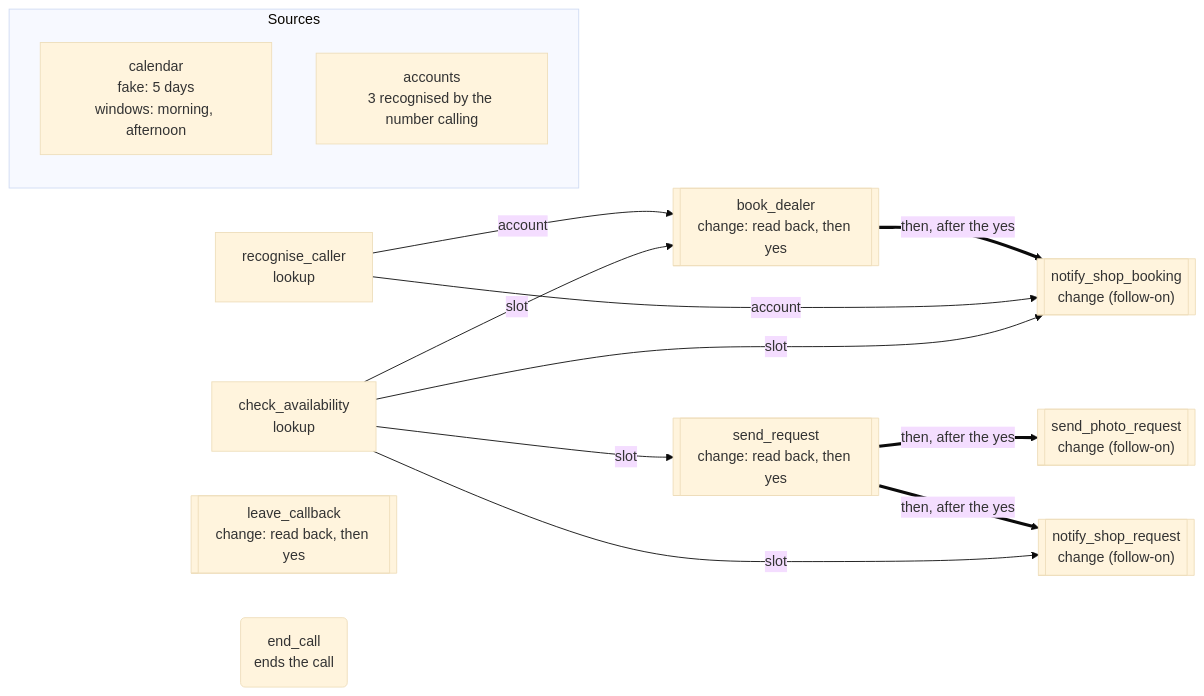
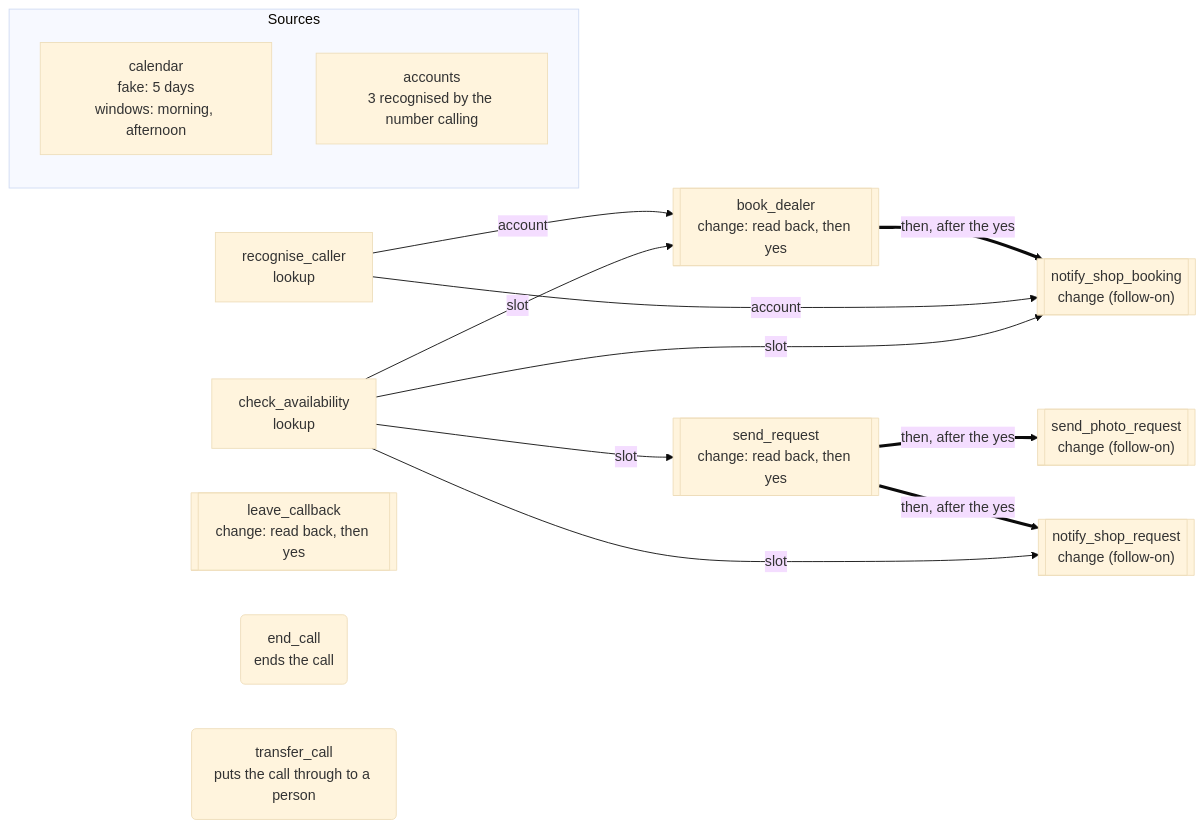
One commit to DialogWright/dialogwright changed the first of 2 diagrams in apps/wheelshop-agent/APP-MAP.md. Above: the diagram before and after it, drawn with Mermaid (base theme). The commit also changed 11 other files, not shown here.

First line of the commit message:
wheelshop-agent: a caller who asks for a person is put through to the shop while it is open; docs

````diff
--- a/apps/wheelshop-agent/APP-MAP.md
+++ b/apps/wheelshop-agent/APP-MAP.md
@@ -22,25 +22,26 @@
 ```mermaid
 flowchart LR
   subgraph sources["Sources"]
     src_calendar["calendar<br/>fake: 5 days<br/>windows: morning, afternoon"]
     src_accounts["accounts<br/>3 recognised by the number calling"]
   end
   a_recognise_caller["recognise_caller<br/>lookup"]
   a_check_availability["check_availability<br/>lookup"]
   a_send_request[["send_request<br/>change: read back, then yes"]]
   a_send_photo_request[["send_photo_request<br/>change (follow-on)"]]
   a_notify_shop_request[["notify_shop_request<br/>change (follow-on)"]]
   a_book_dealer[["book_dealer<br/>change: read back, then yes"]]
   a_notify_shop_booking[["notify_shop_booking<br/>change (follow-on)"]]
   a_leave_callback[["leave_callback<br/>change: read back, then yes"]]
   a_end_call("end_call<br/>ends the call")
+  a_transfer_call("transfer_call<br/>puts the call through to a person")
   a_check_availability -->|slot| a_send_request
   a_send_request ==>|"then, after the yes"| a_send_photo_request
   a_send_request ==>|"then, after the yes"| a_notify_shop_request
   a_check_availability -->|slot| a_notify_shop_request
   a_recognise_caller -->|account| a_book_dealer
   a_check_availability -->|slot| a_book_dealer
   a_book_dealer ==>|"then, after the yes"| a_notify_shop_booking
   a_recognise_caller -->|account| a_notify_shop_booking
   a_check_availability -->|slot| a_notify_shop_booking
 ```
````
